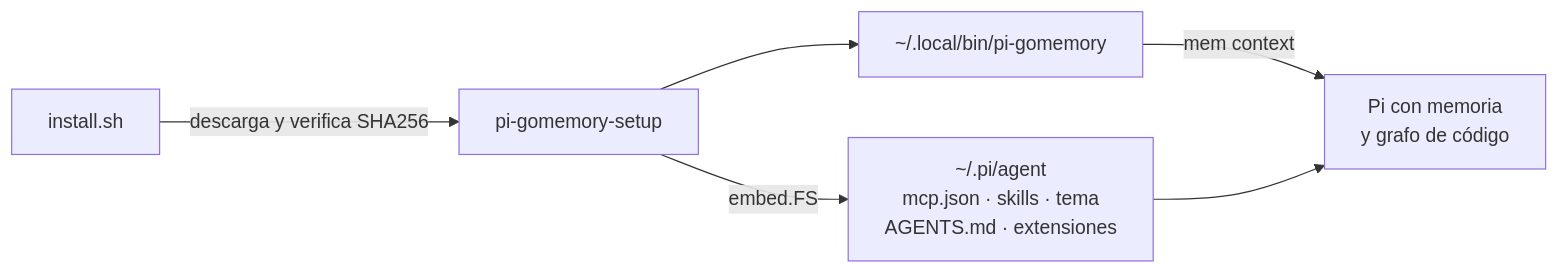
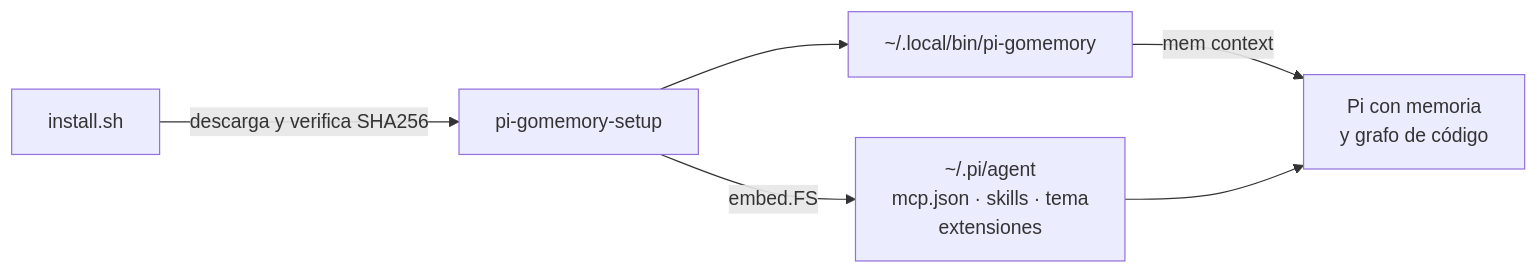
The diagram in README.md (Sayoner-000/pi-gomemory), drawn with Mermaid before and after one commit. The commit also changed other lines of this file and 18 other files, not shown here.

````diff
--- a/README.md
+++ b/README.md
@@ -86,8 +86,8 @@
 ```mermaid
 flowchart LR
     A[install.sh] -->|descarga y verifica SHA256| B[pi-gomemory-setup]
-    B -->|embed.FS| C[~/.pi/agent<br/>mcp.json · skills · tema<br/>AGENTS.md · extensiones]
+    B -->|embed.FS| C[~/.pi/agent<br/>mcp.json · skills · tema<br/>extensiones]
     B --> D[~/.local/bin/pi-gomemory]
     D -->|mem context| E[Pi con memoria<br/>y grafo de código]
     C --> E
 ```
````
